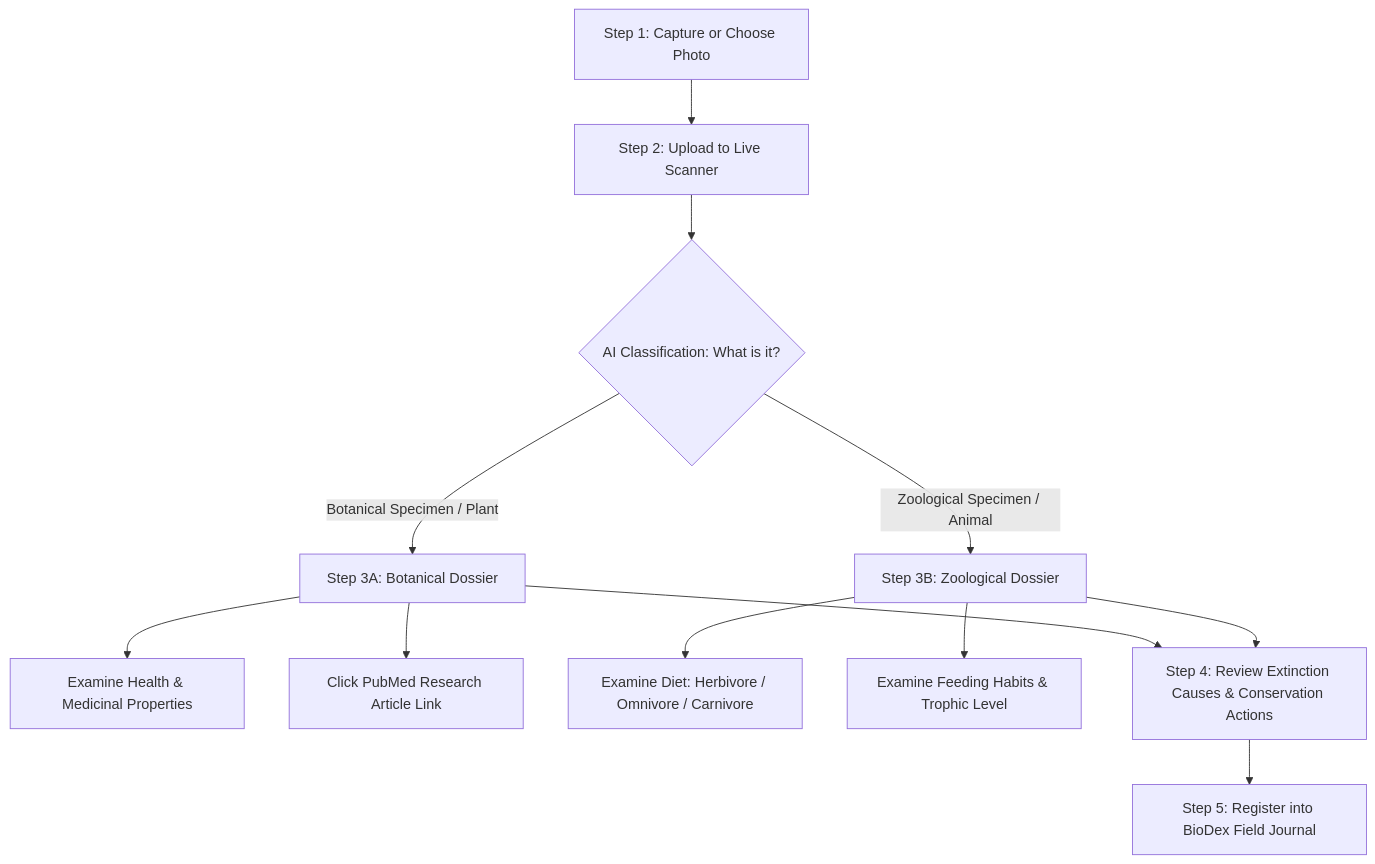
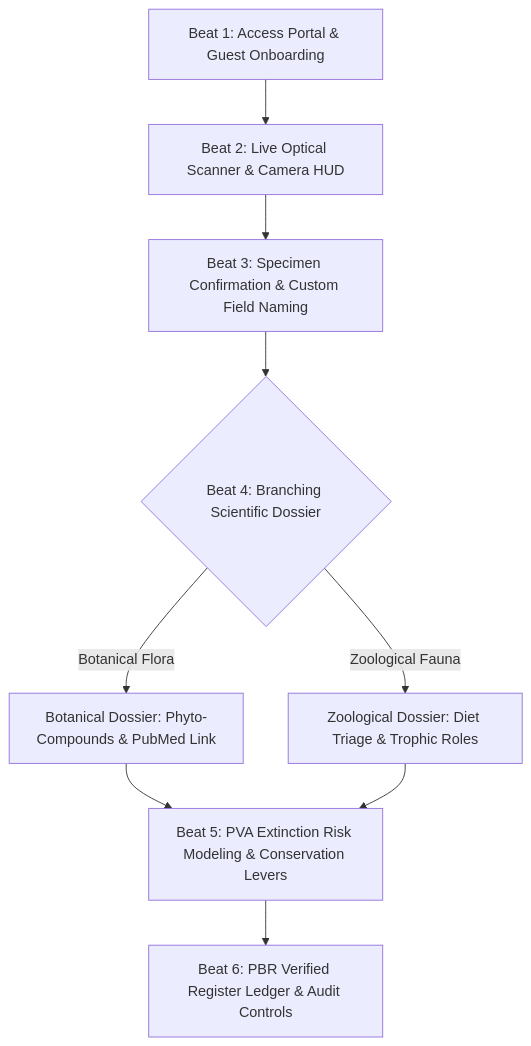
The diagram in docs/STUDENT_SOP_GUIDE.md (Purushub/Biodex), drawn with Mermaid before and after one commit. The commit also changed other lines of this file and 7 other files, not shown here.

Commit message:
Enhance SOP and Backend Architecture PDFs with high-resolution app screenshots and visual walkthrough inspired by brag

````diff
--- a/docs/STUDENT_SOP_GUIDE.md
+++ b/docs/STUDENT_SOP_GUIDE.md
@@ -35,14 +36,11 @@
 ```mermaid
 flowchart TD
-    A[Step 1: Capture or Choose Photo] --> B[Step 2: Upload to Live Scanner]
-    B --> C{AI Classification: What is it?}
-    C -->|Botanical Specimen / Plant| D[Step 3A: Botanical Dossier]
-    C -->|Zoological Specimen / Animal| E[Step 3B: Zoological Dossier]
-    D --> F[Examine Health & Medicinal Properties]
-    D --> G[Click PubMed Research Article Link]
-    E --> H[Examine Diet: Herbivore / Omnivore / Carnivore]
-    E --> I[Examine Feeding Habits & Trophic Level]
-    D --> J[Step 4: Review Extinction Causes & Conservation Actions]
-    E --> J
-    J --> K[Step 5: Register into BioDex Field Journal]
+    A[Beat 1: Access Portal & Guest Onboarding] --> B[Beat 2: Live Optical Scanner & Camera HUD]
+    B --> C[Beat 3: Specimen Confirmation & Custom Field Naming]
+    C --> D{Beat 4: Branching Scientific Dossier}
+    D -->|Botanical Flora| E[Botanical Dossier: Phyto-Compounds & PubMed Link]
+    D -->|Zoological Fauna| F[Zoological Dossier: Diet Triage & Trophic Roles]
+    E --> G[Beat 5: PVA Extinction Risk Modeling & Conservation Levers]
+    F --> G
+    G --> H[Beat 6: PBR Verified Register Ledger & Audit Controls]
 ```
````
